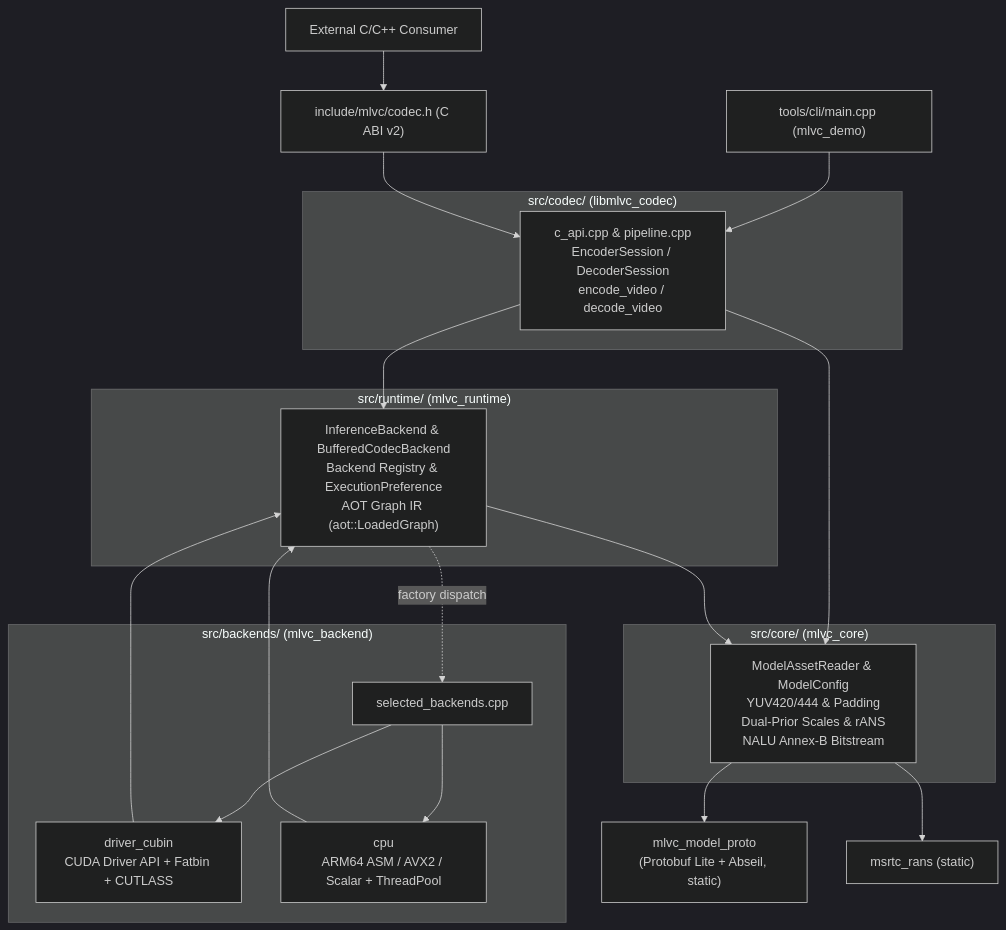
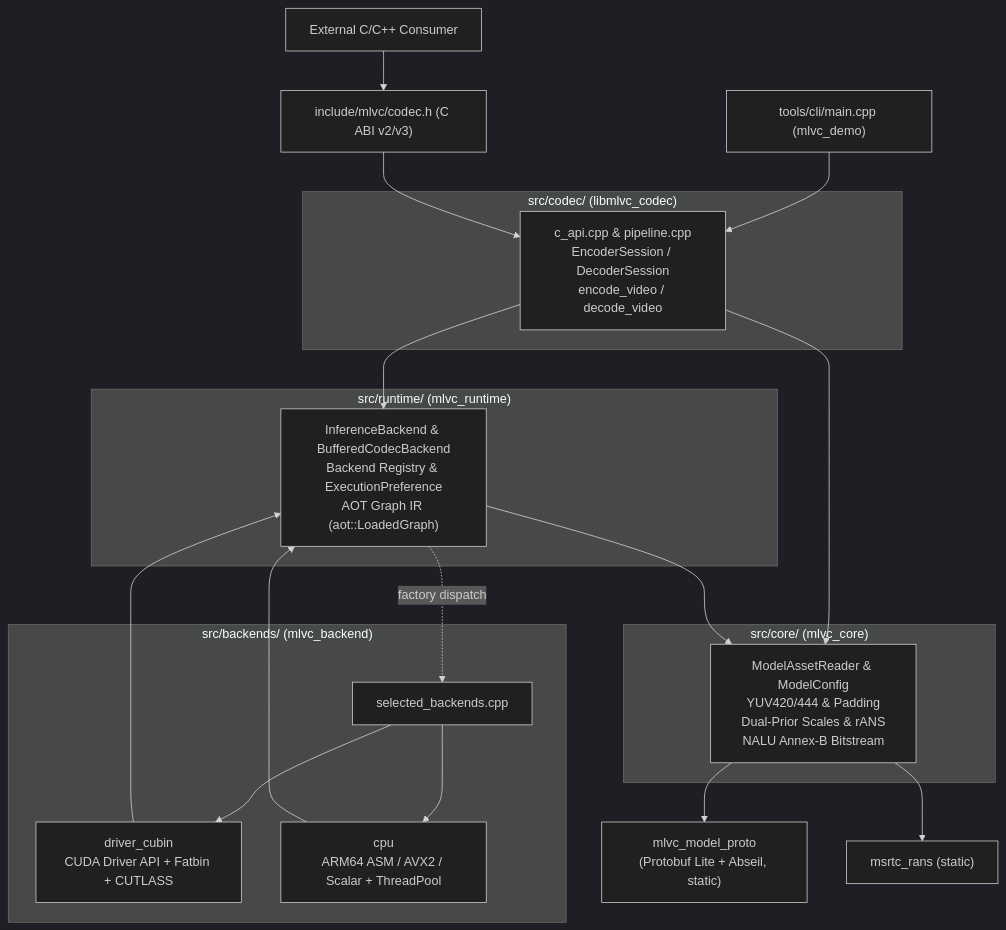
One commit to Puiching-Memory/mlvc.cpp changed the diagram in docs/architecture.md. Above: the diagram before and after it, drawn with Mermaid (dark theme). The commit also changed other lines of this file and 23 other files, not shown here.

````diff
--- a/docs/architecture.md
+++ b/docs/architecture.md
@@ -7,37 +7,37 @@
 ```mermaid
 flowchart TD
     CLI["tools/cli/main.cpp (mlvc_demo)"] --> Codec
-    CApp["External C/C++ Consumer"] --> Public["include/mlvc/codec.h (C ABI v2)"]
+    CApp["External C/C++ Consumer"] --> Public["include/mlvc/codec.h (C ABI v2/v3)"]
     Public --> Codec
 
     subgraph CodecLayer["src/codec/ (libmlvc_codec)"]
         Codec["c_api.cpp & pipeline.cpp\nEncoderSession / DecoderSession\nencode_video / decode_video"]
     end
 
     Codec --> Core
     Codec --> Runtime
 
     subgraph RuntimeLayer["src/runtime/ (mlvc_runtime)"]
         Runtime["InferenceBackend & BufferedCodecBackend\nBackend Registry & ExecutionPreference\nAOT Graph IR (aot::LoadedGraph)"]
     end
 
     subgraph BackendsLayer["src/backends/ (mlvc_backend)"]
         Reg["selected_backends.cpp"]
         GPU["driver_cubin\nCUDA Driver API + Fatbin + CUTLASS"]
         CPU["cpu\nARM64 ASM / AVX2 / Scalar + ThreadPool"]
         Reg --> GPU
         Reg --> CPU
     end
 
     Runtime -. factory dispatch .-> Reg
     GPU --> Runtime
     CPU --> Runtime
 
     subgraph CoreLayer["src/core/ (mlvc_core)"]
         Core["ModelAssetReader & ModelConfig\nYUV420/444 & Padding\nDual-Prior Scales & rANS\nNALU Annex-B Bitstream"]
     end
 
     Runtime --> Core
     Core --> Proto["mlvc_model_proto\n(Protobuf Lite + Abseil, static)"]
     Core --> Rans["msrtc_rans (static)"]
 ```
````
